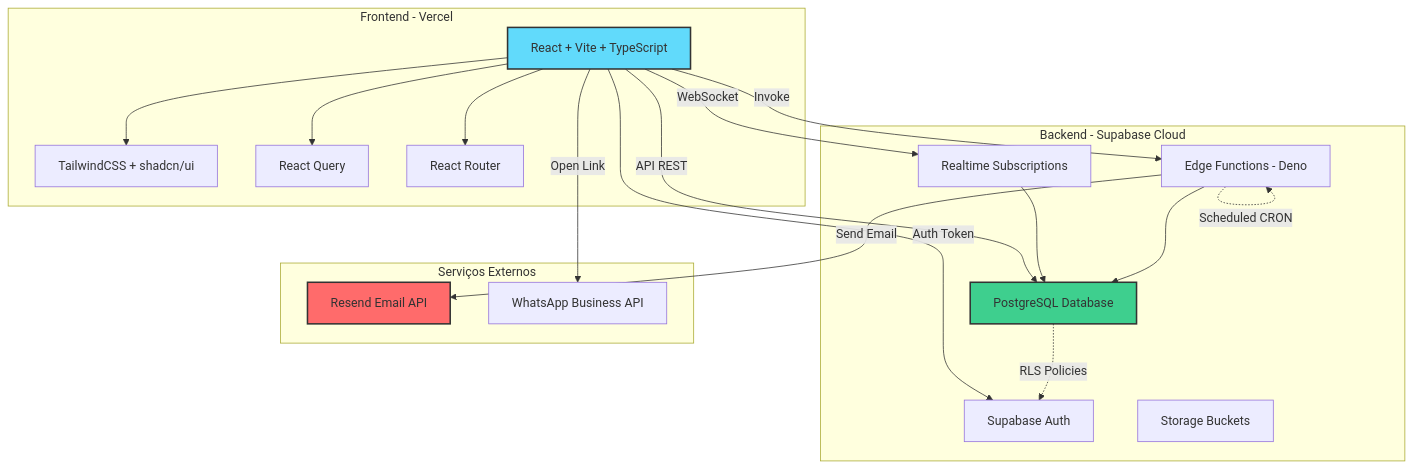
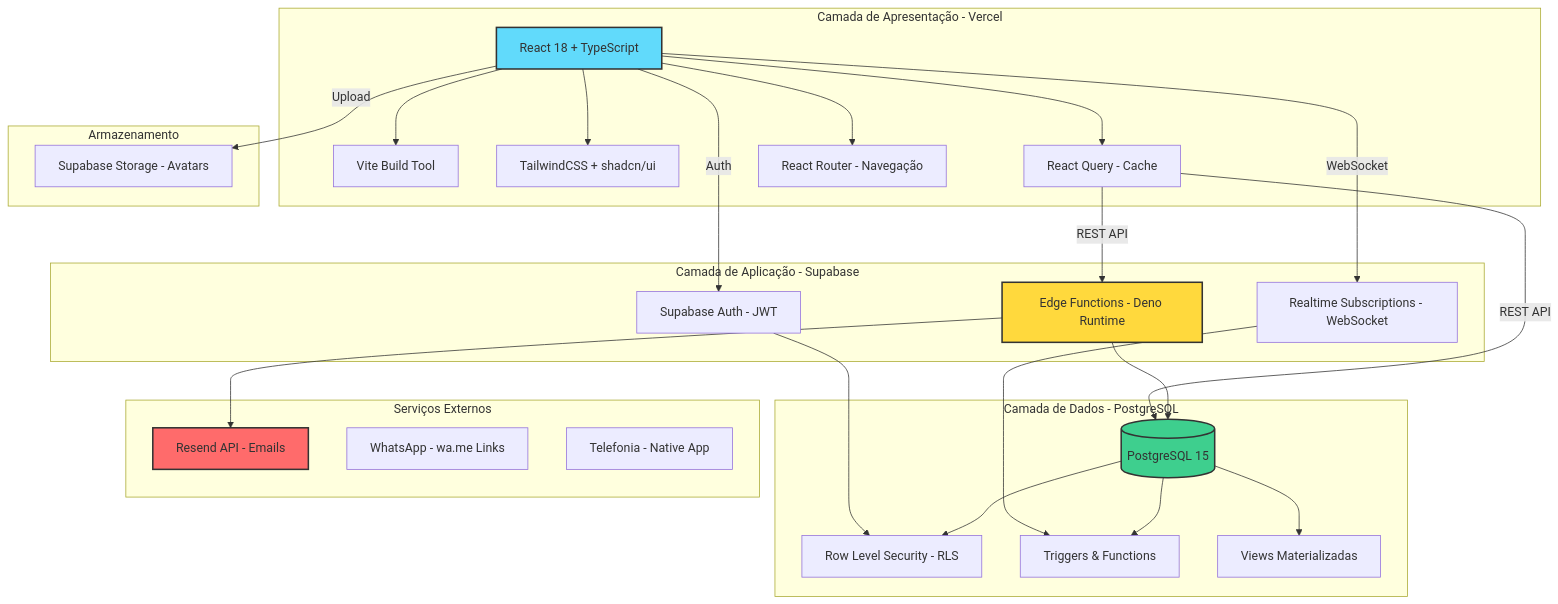
One commit to Nilton-Ramim-Pita/ncangaza-debt-watch changed the first of 10 diagrams in DOCUMENTACAO_TECNICA_COMPLETA.md. Above: the diagram before and after it, drawn with Mermaid. The commit also changed other lines of this file, not shown here.

````diff
--- a/DOCUMENTACAO_TECNICA_COMPLETA.md
+++ b/DOCUMENTACAO_TECNICA_COMPLETA.md
@@ -923,41 +143,59 @@
 ```mermaid
 graph TB
-    subgraph "Frontend - Vercel"
-        A[React + Vite + TypeScript]
-        B[TailwindCSS + shadcn/ui]
-        C[React Query]
-        D[React Router]
-        A --> B
-        A --> C
-        A --> D
+    subgraph "Camada de Apresentação - Vercel"
+        A[React 18 + TypeScript]
+        B[Vite Build Tool]
+        C[TailwindCSS + shadcn/ui]
+        D[React Query - Cache]
+        E[React Router - Navegação]
     end
     
-    subgraph "Backend - Supabase Cloud"
-        E[PostgreSQL Database]
-        F[Supabase Auth]
-        G[Edge Functions - Deno]
-        H[Storage Buckets]
-        I[Realtime Subscriptions]
-        E -.RLS Policies.-> F
-        G --> E
-        I --> E
+    subgraph "Camada de Aplicação - Supabase"
+        F[Edge Functions - Deno Runtime]
+        G[Supabase Auth - JWT]
+        H[Realtime Subscriptions - WebSocket]
+    end
+    
+    subgraph "Camada de Dados - PostgreSQL"
+        I[(PostgreSQL 15)]
+        J[Row Level Security - RLS]
+        K[Triggers & Functions]
+        L[Views Materializadas]
     end
     
     subgraph "Serviços Externos"
-        J[Resend Email API]
-        K[WhatsApp Business API]
+        M[Resend API - Emails]
+        N[WhatsApp - wa.me Links]
+        O[Telefonia - Native App]
     end
     
-    A -->|API REST| E
-    A -->|Auth Token| F
-    A -->|Invoke| G
-    G -->|Send Email| J
-    A -->|WebSocket| I
-    A -->|Open Link| K
+    subgraph "Armazenamento"
+        P[Supabase Storage - Avatars]
+    end
     
-    G -.Scheduled CRON.-> G
+    A --> B
+    A --> C
+    A --> D
+    A --> E
+    
+    D -->|REST API| F
+    D -->|REST API| I
+    A -->|Auth| G
+    A -->|WebSocket| H
+    
+    F --> I
+    F --> M
+    G --> J
+    H --> K
+    
+    I --> J
+    I --> K
+    I --> L
+    
+    A -->|Upload| P
     
     style A fill:#61dafb,stroke:#333,stroke-width:2px
-    style E fill:#3ecf8e,stroke:#333,stroke-width:2px
-    style J fill:#ff6b6b,stroke:#333,stroke-width:2px
+    style I fill:#3ecf8e,stroke:#333,stroke-width:2px
+    style F fill:#ffd93d,stroke:#333,stroke-width:2px
+    style M fill:#ff6b6b,stroke:#333,stroke-width:2px
 ```
````
